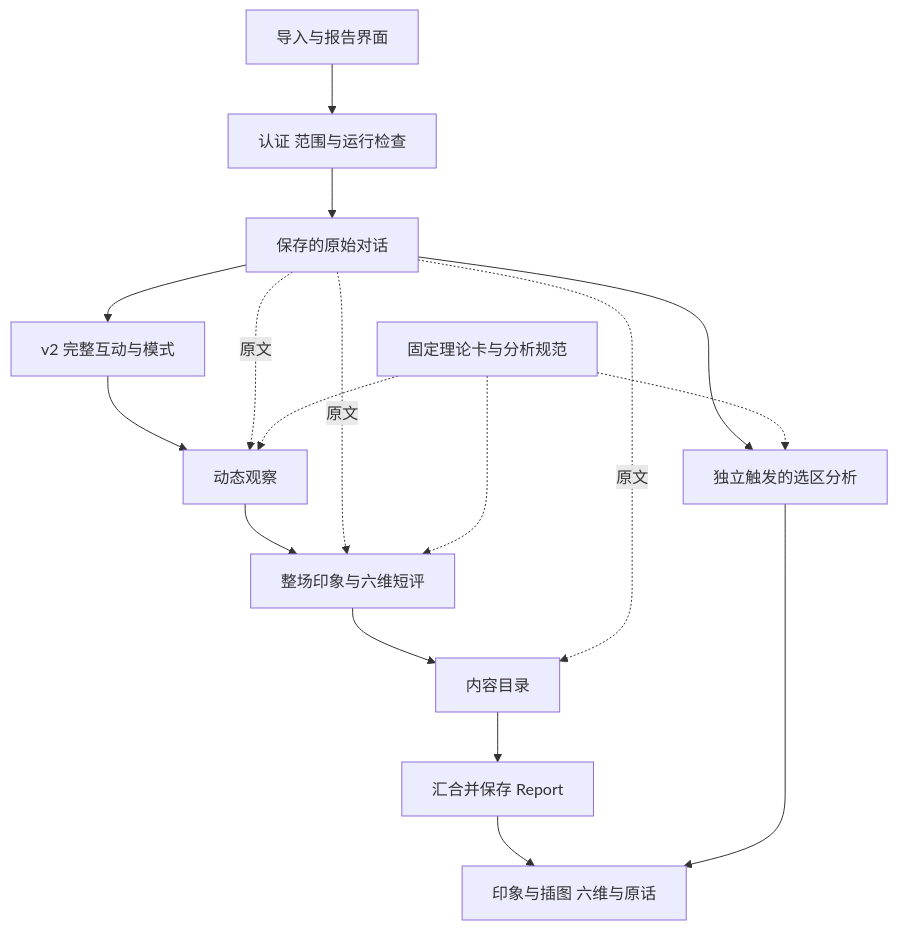
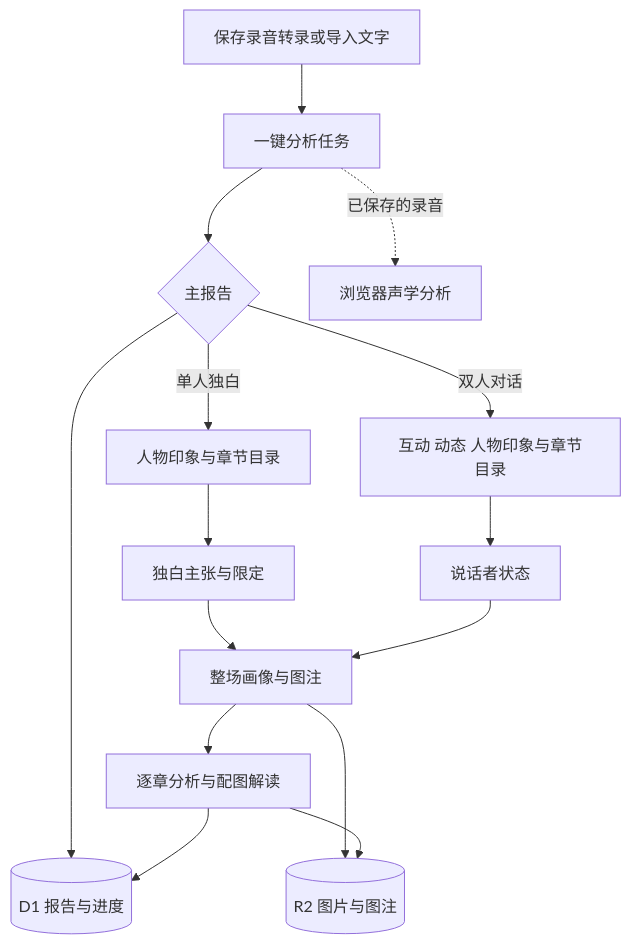
One commit to soflanx/conversation-mirror-design changed the first of 2 diagrams in docs/architecture.md. Above: the diagram before and after it, drawn with Mermaid. The commit also changed other lines of this file, not shown here.

````diff
--- a/docs/architecture.md
+++ b/docs/architecture.md
@@ -22,19 +22,17 @@
 ```mermaid
 flowchart TB
-    UI[导入与报告界面] --> API[认证 范围与运行检查]
-    API --> SRC[保存的原始对话]
-    SRC --> V2[v2 完整互动与模式]
-    V2 --> DYN[动态观察]
-    DYN --> IMP[整场印象与六维短评]
-    IMP --> CH[内容目录]
-    CH --> SAVE[汇合并保存 Report]
-    SAVE --> VIEW[印象与插图 六维与原话]
-    SRC -. 原文 .-> DYN
-    SRC -. 原文 .-> IMP
-    SRC -. 原文 .-> CH
-    K[固定理论卡与分析规范] -.-> DYN
-    K -.-> IMP
-    SRC --> SEL[独立触发的选区分析]
-    K -.-> SEL
-    SEL --> VIEW
+    S[保存录音转录或导入文字] --> A[一键分析任务]
+    A --> R{主报告}
+    R -->|单人独白| M[人物印象与章节目录]
+    R -->|双人对话| C[互动 动态 人物印象与章节目录]
+    M --> I[独白主张与限定]
+    C --> T[说话者状态]
+    I --> P[整场画像与图注]
+    T --> P
+    P --> H[逐章分析与配图解读]
+    R --> D[(D1 报告与进度)]
+    H --> D
+    P --> U[(R2 图片与图注)]
+    H --> U
+    A -. 已保存的录音 .-> B[浏览器声学分析]
 ```
````
